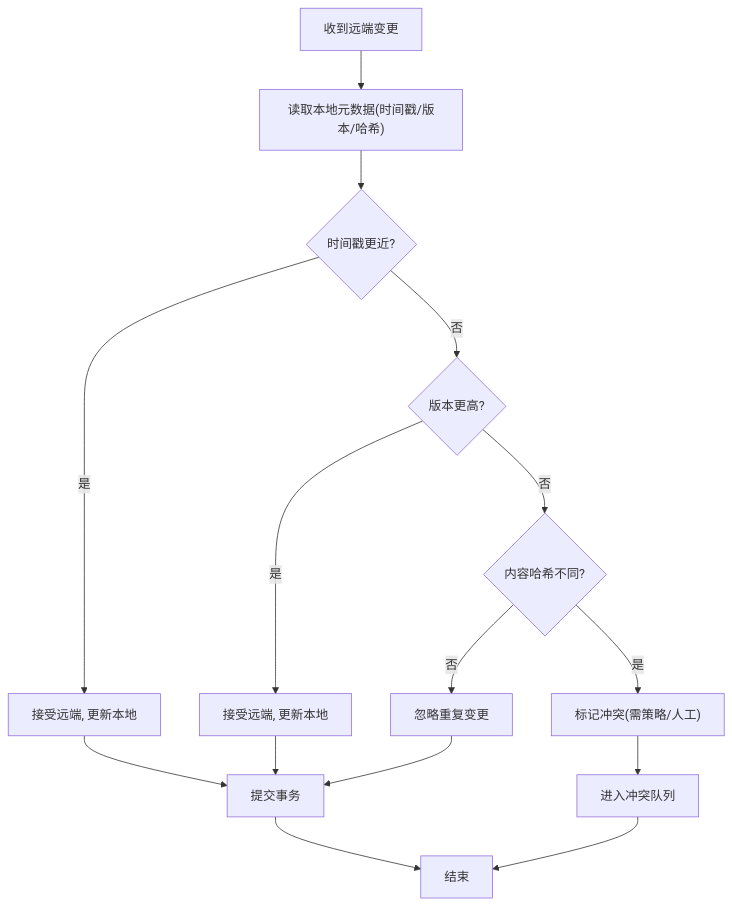
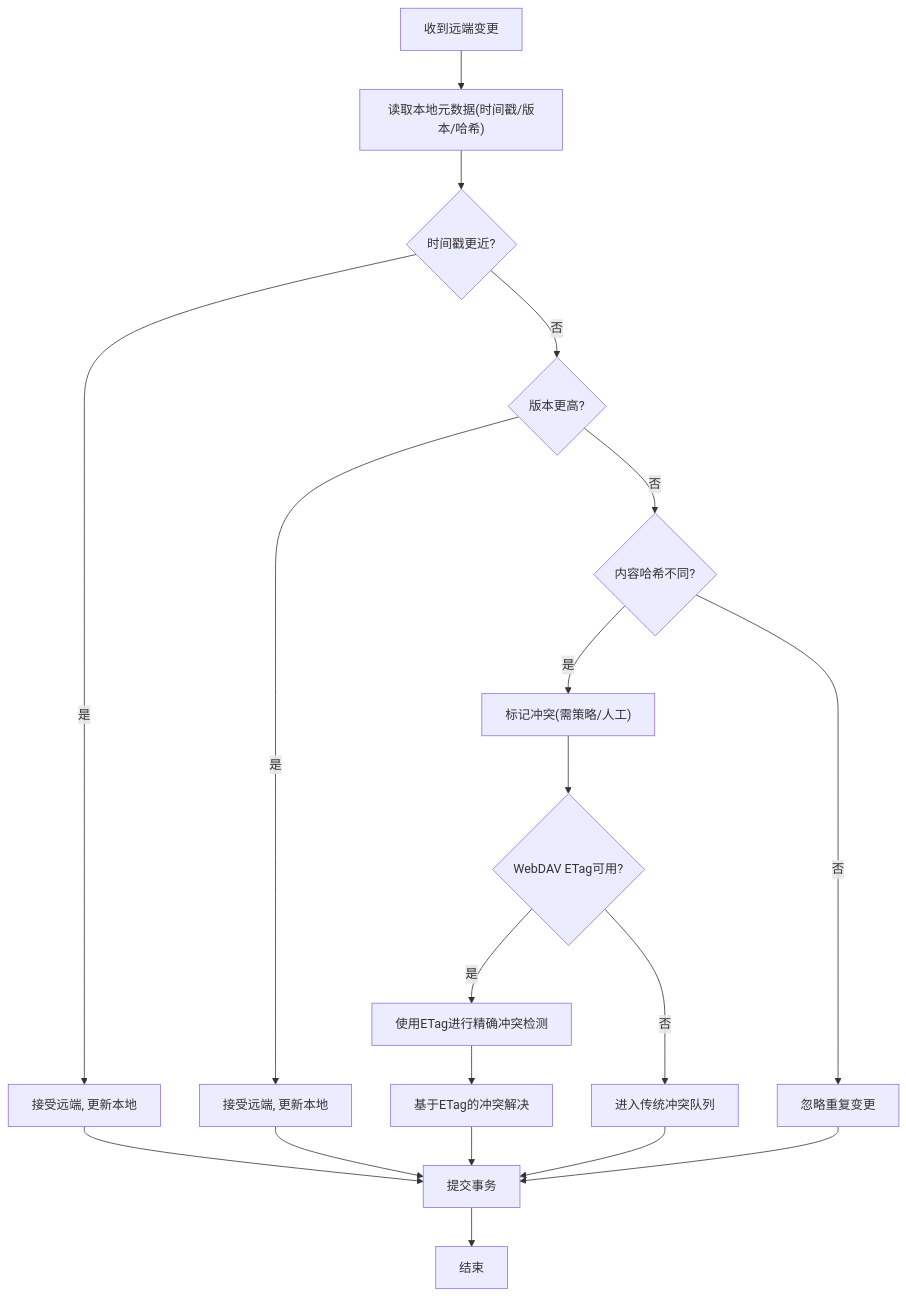
The fourth of 11 diagrams in .qoder/repowiki/zh/content/架构设计/分层架构设计/数据访问层/数据同步机制.md (ZhangGHGitHub/LegadoTeamFlutter), drawn with Mermaid before and after one commit. The commit also changed other lines of this file and 66 other files, not shown here.

````diff
--- a/.qoder/repowiki/zh/content/架构设计/分层架构设计/数据访问层/数据同步机制.md
+++ b/.qoder/repowiki/zh/content/架构设计/分层架构设计/数据访问层/数据同步机制.md
@@ -196,17 +231,21 @@
 ```mermaid
 flowchart TD
 A["收到远端变更"] --> B["读取本地元数据(时间戳/版本/哈希)"]
 B --> C{"时间戳更近?"}
 C --> |是| D["接受远端, 更新本地"]
 C --> |否| E{"版本更高?"}
 E --> |是| F["接受远端, 更新本地"]
 E --> |否| G{"内容哈希不同?"}
 G --> |是| H["标记冲突(需策略/人工)"]
 G --> |否| I["忽略重复变更"]
-D --> J["提交事务"]
-F --> J
-H --> K["进入冲突队列"]
-I --> J
-J --> L["结束"]
-K --> L
+H --> J{"WebDAV ETag可用?"}
+J --> |是| K["使用ETag进行精确冲突检测"]
+J --> |否| L["进入传统冲突队列"]
+K --> M["基于ETag的冲突解决"]
+M --> N["提交事务"]
+D --> N
+F --> N
+I --> N
+L --> N
+N --> O["结束"]
 ```
````
